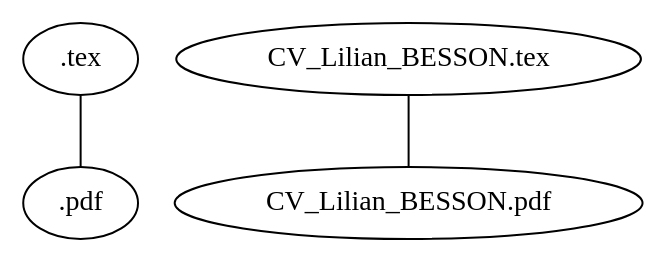
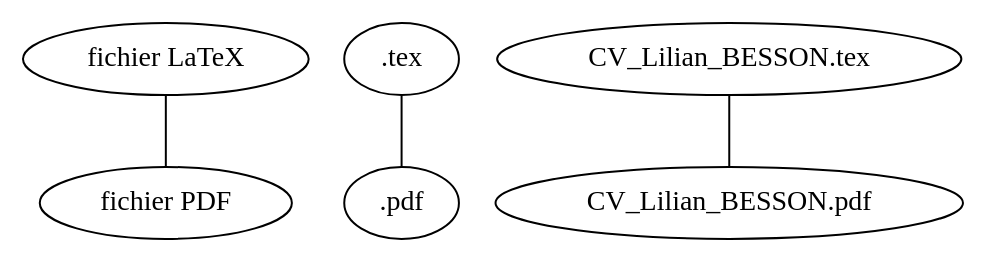
One commit to Naereen/web-sphinx changed the third of 5 diagrams in graph.rst. Above: the diagram before and after it, drawn with Graphviz. The commit also changed other lines of this file and 1 other file, not shown here.

```diff
--- a/graph.rst
+++ b/graph.rst
@@ -63,4 +63,5 @@
 .. graph:: latex
 
+   "fichier LaTeX" -- "fichier PDF"
    ".tex" -- ".pdf";
    "CV_Lilian_BESSON.tex" -- "CV_Lilian_BESSON.pdf";
```
